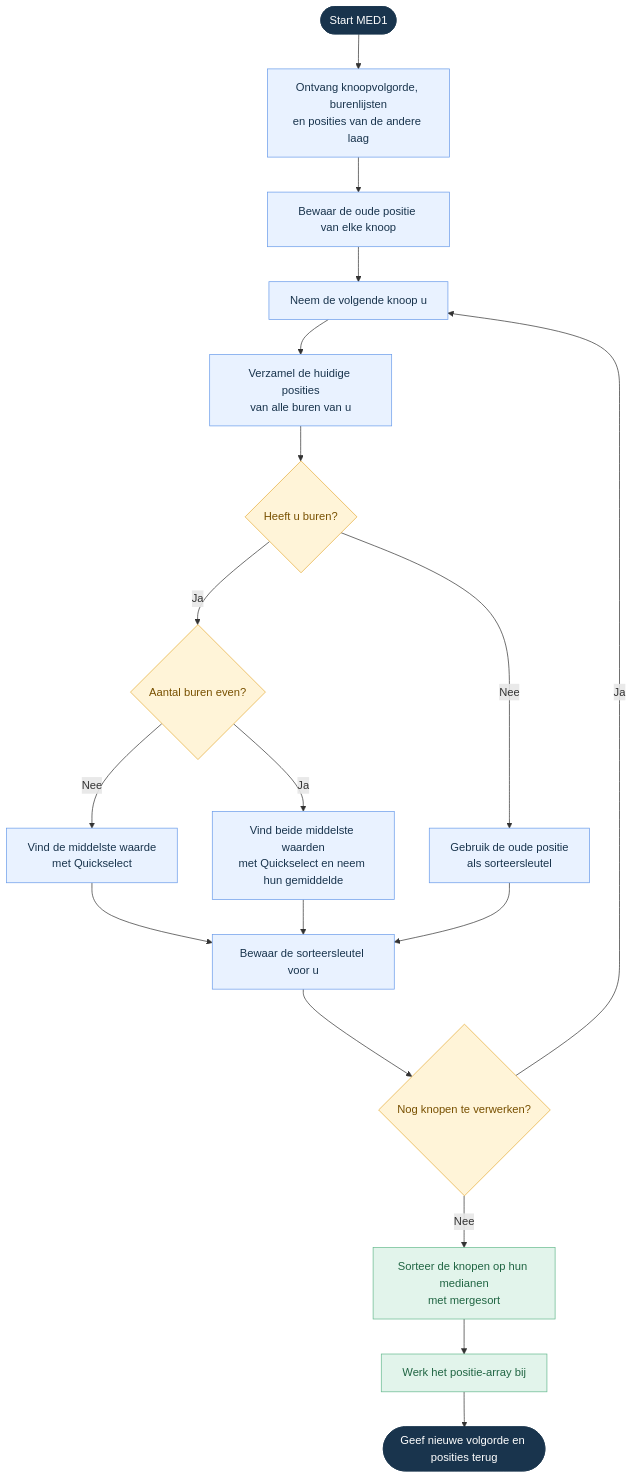
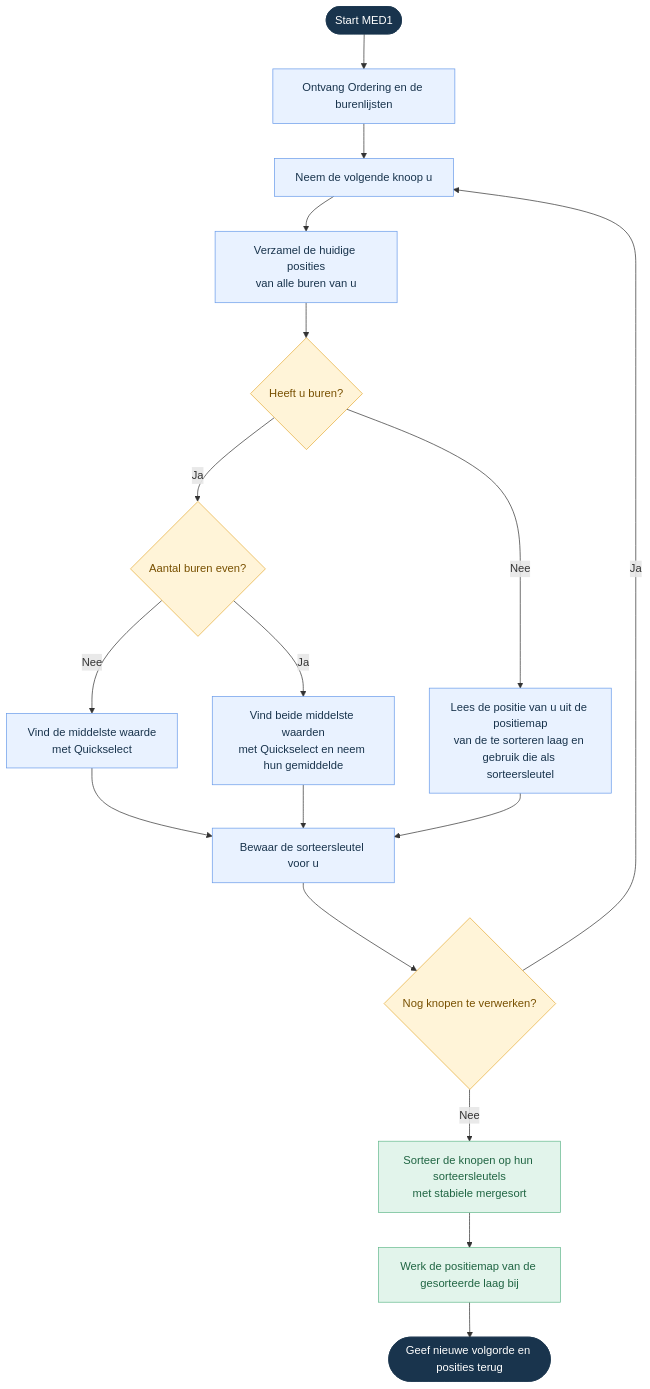
The first of 4 diagrams in README.md (Turie830/GegevensstructurenProject), drawn with Mermaid before and after one commit.

Commit message:
Align MED1 flowchart with Ordering position maps

````diff
--- a/README.md
+++ b/README.md
@@ -32,34 +32,33 @@
 ```mermaid
 flowchart TD
-    A([Start MED1]) --> B["Ontvang knoopvolgorde, burenlijsten<br/>en posities van de andere laag"]
-    B --> C["Bewaar de oude positie van elke knoop"]
-    C --> D["Neem de volgende knoop u"]
+    A([Start MED1]) --> B["Ontvang Ordering en de burenlijsten"]
+    B --> D["Neem de volgende knoop u"]
     D --> E["Verzamel de huidige posities<br/>van alle buren van u"]
     E --> F{"Heeft u buren?"}
 
-    F -- Nee --> G["Gebruik de oude positie<br/>als sorteersleutel"]
+    F -- Nee --> G["Lees de positie van u uit de positiemap<br/>van de te sorteren laag en gebruik die als sorteersleutel"]
     F -- Ja --> H{"Aantal buren even?"}
 
     H -- Nee --> I["Vind de middelste waarde<br/>met Quickselect"]
     H -- Ja --> J["Vind beide middelste waarden<br/>met Quickselect en neem hun gemiddelde"]
 
     I --> K["Bewaar de sorteersleutel voor u"]
     J --> K
     G --> K
 
     K --> L{"Nog knopen te verwerken?"}
     L -- Ja --> D
-    L -- Nee --> M["Sorteer de knopen op hun medianen<br/>met mergesort"]
-    M --> N["Werk het positie-array bij"]
+    L -- Nee --> M["Sorteer de knopen op hun sorteersleutels<br/>met stabiele mergesort"]
+    M --> N["Werk de positiemap van de gesorteerde laag bij"]
     N --> O([Geef nieuwe volgorde en posities terug])
 
     classDef endpoint fill:#19344d,color:#fff,stroke:#19344d
     classDef process fill:#e9f2ff,stroke:#699bea,color:#19344d
     classDef decision fill:#fff4d8,stroke:#e5ad38,color:#785000
     classDef result fill:#e2f4eb,stroke:#65b98e,color:#206543
 
     class A,O endpoint
-    class B,C,D,E,G,I,J,K process
+    class B,D,E,G,I,J,K process
     class F,H,L decision
     class M,N result
 ```
````
